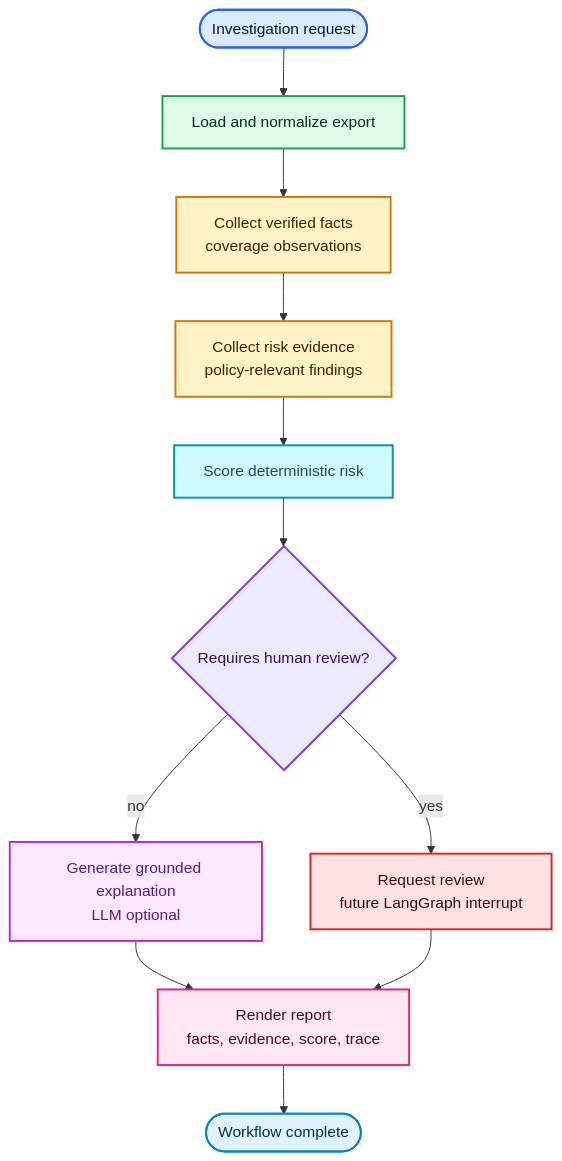
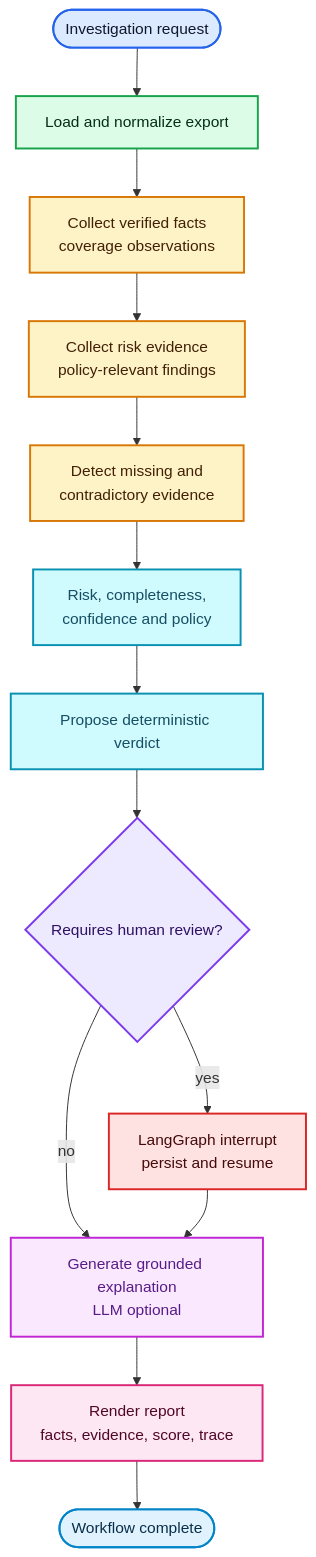
Before and after one commit to xsub/ProvenanceRiskAgent: the second of 2 diagrams in README.md, drawn with Mermaid. The commit also changed other lines of this file and 45 other files, not shown here.

Commit message:
Complete provenance risk agent MVP roadmap

````diff
--- a/README.md
+++ b/README.md
@@ -178,34 +184,38 @@
 ```mermaid
 flowchart TD
   request(["Investigation request"]):::start;
   load["Load and normalize export"]:::io;
   facts["Collect verified facts<br/>coverage observations"]:::deterministic;
   evidence["Collect risk evidence<br/>policy-relevant findings"]:::deterministic;
-  score["Score deterministic risk"]:::policy;
+  consistency["Detect missing and<br/>contradictory evidence"]:::deterministic;
+  score["Risk, completeness,<br/>confidence and policy"]:::policy;
+  verdict["Propose deterministic verdict"]:::policy;
   route{"Requires human review?"}:::decision;
   explain["Generate grounded explanation<br/>LLM optional"]:::explain;
-  review["Request review<br/>future LangGraph interrupt"]:::review;
+  review["LangGraph interrupt<br/>persist and resume"]:::review;
   report["Render report<br/>facts, evidence, score, trace"]:::result;
   done(["Workflow complete"]):::done;
 
   request --> load;
   load --> facts;
   facts --> evidence;
-  evidence --> score;
-  score --> route;
+  evidence --> consistency;
+  consistency --> score;
+  score --> verdict;
+  verdict --> route;
   route -- "no" --> explain;
   route -- "yes" --> review;
   explain --> report;
-  review --> report;
+  review --> explain;
   report --> done;
 
   classDef start fill:#dbeafe,stroke:#2563eb,color:#0f172a,stroke-width:2px;
   classDef io fill:#dcfce7,stroke:#16a34a,color:#052e16,stroke-width:2px;
   classDef deterministic fill:#fef3c7,stroke:#d97706,color:#422006,stroke-width:2px;
   classDef policy fill:#cffafe,stroke:#0891b2,color:#164e63,stroke-width:2px;
   classDef decision fill:#ede9fe,stroke:#7c3aed,color:#2e1065,stroke-width:2px;
   classDef explain fill:#fae8ff,stroke:#c026d3,color:#581c87,stroke-width:2px;
   classDef review fill:#fee2e2,stroke:#dc2626,color:#450a0a,stroke-width:2px;
   classDef result fill:#fce7f3,stroke:#db2777,color:#500724,stroke-width:2px;
   classDef done fill:#e0f2fe,stroke:#0284c7,color:#082f49,stroke-width:2px;
 ```
````
